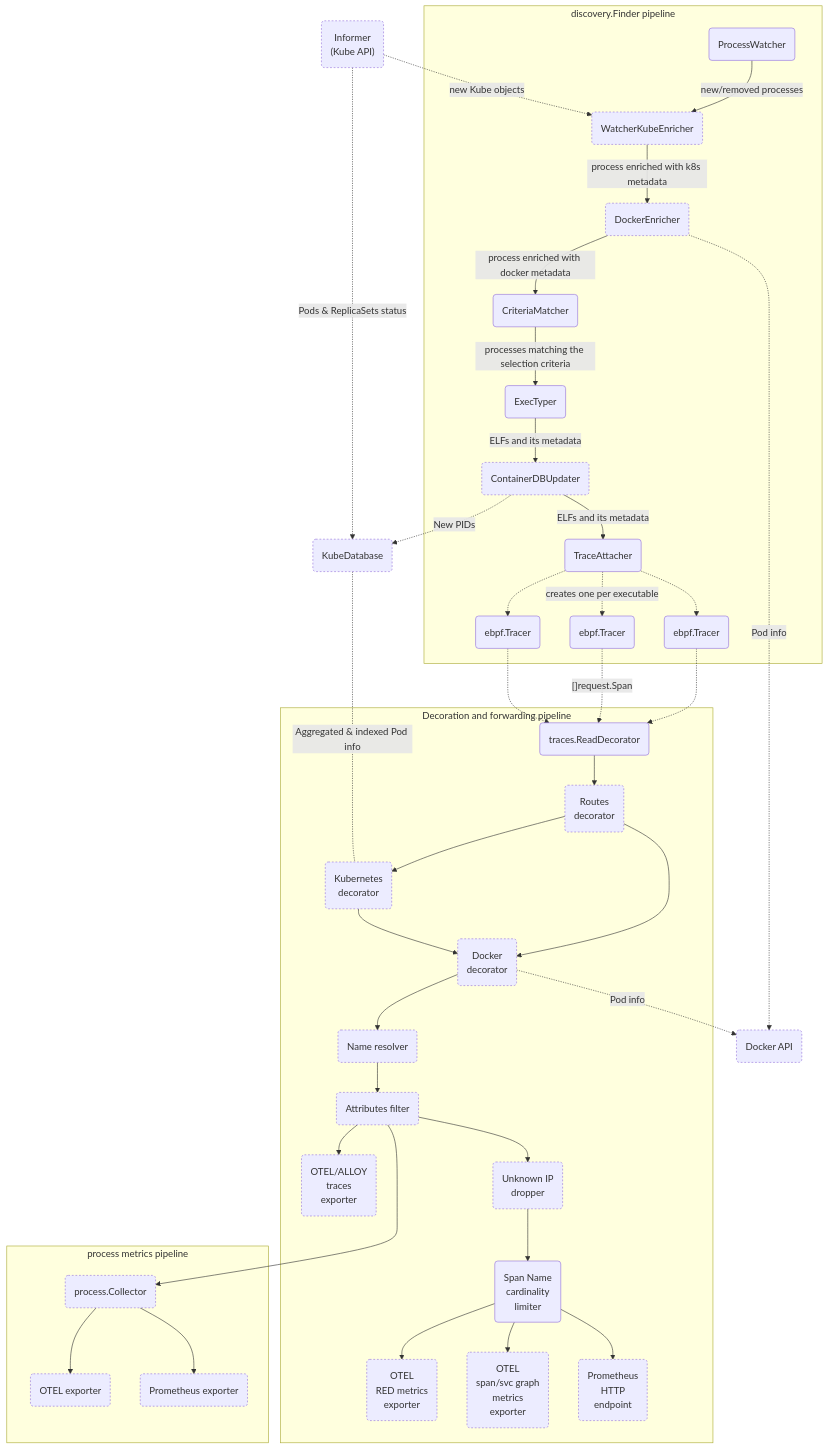
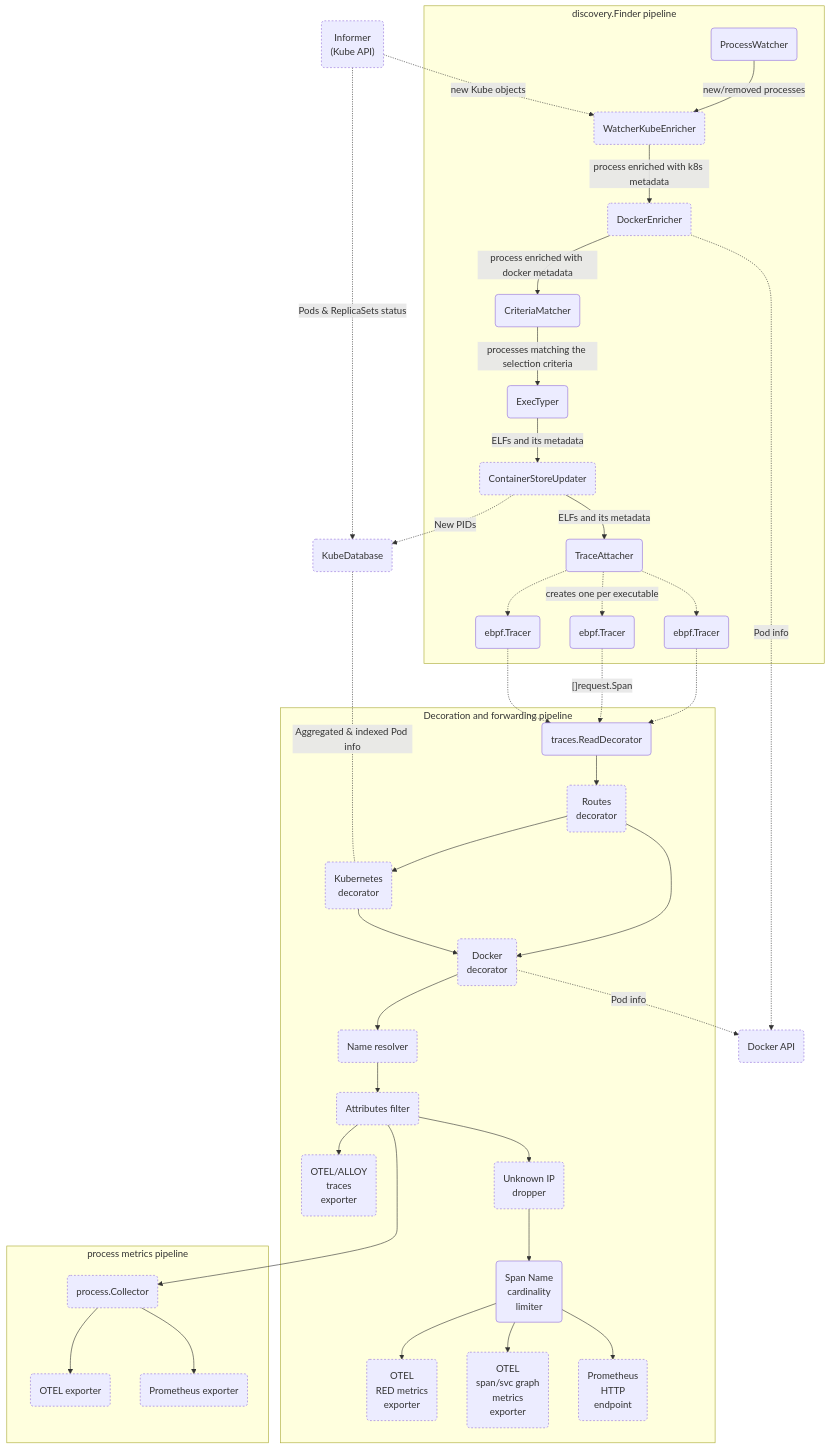
The first of 2 diagrams in devdocs/pipeline-map.md (open-telemetry/opentelemetry-ebpf-instrumentation), drawn with Mermaid before and after one commit. The commit also changed 2 other files, not shown here.

Commit message:
Rename ContainerDBUpdater to ContainerStoreUpdater

````diff
--- a/devdocs/pipeline-map.md
+++ b/devdocs/pipeline-map.md
@@ -18,48 +18,48 @@
 ```mermaid
 flowchart TD
     classDef optional stroke-dasharray: 3 3;
     subgraph discovery.Finder pipeline
         PW(ProcessWatcher) --> |new/removed processes| KWE
         KWE(WatcherKubeEnricher):::optional --> |process enriched with k8s metadata| DE
         DE(DockerEnricher):::optional --> |process enriched with docker metadata| CM
         CM(CriteriaMatcher) --> |processes matching the selection criteria| ET(ExecTyper)
         ET --> |ELFs and its metadata| CU
-        CU(ContainerDBUpdater):::optional --> |ELFs and its metadata| TA
+        CU(ContainerStoreUpdater):::optional --> |ELFs and its metadata| TA
         TA(TraceAttacher) -.-> EBPF1(ebpf.Tracer)
         TA -.-> |creates one per executable| EBPF2(ebpf.Tracer)
         TA -.-> EBPF3(ebpf.Tracer)
     end
     subgraph Decoration and forwarding pipeline
         EBPF1 -.-> TR
         EBPF2 -.-> |"[]request.Span"| TR
         EBPF3 -.-> TR
         TR(traces.ReadDecorator) --> ROUT(Routes<br/>decorator)
         ROUT:::optional --> DOCKDEC(Docker<br/>decorator)
         ROUT:::optional --> KD(Kubernetes<br/>decorator)
         KD:::optional --> DOCKDEC
         DOCKDEC:::optional --> NR
         NR(Name resolver):::optional --> AF
         
         AF(Attributes filter):::optional --> OTELT(OTEL/ALLOY<br/> traces<br/> exporter):::optional
 
         
         AF --> IPD(Unknown IP<br/>dropper):::optional
         IPD --> SNCL(Span Name<br/>cardinality<br/>limiter)
         SNCL --> OTELRM(OTEL<br/>RED metrics<br/> exporter):::optional
         SNCL --> OTELSM(OTEL<br/>span/svc graph<br/>metrics<br/> exporter):::optional
         SNCL --> PROM(Prometheus<br/>HTTP<br/>endpoint):::optional
     end
     CU -.-> |New PIDs| KDB
     DE -.-> |Pod info| DOCKAPI(Docker API):::optional
     DOCKDEC -.-> |Pod info| DOCKAPI(Docker API):::optional
     KDB(KubeDatabase):::optional <-.- | Aggregated & indexed Pod info | KD
     IF("Informer<br/>(Kube API)"):::optional -.-> |Pods & ReplicaSets status| KDB
     IF -.-> |new Kube objects| KWE
     AF ---> PC
     subgraph process metrics pipeline
         PC("process.Collector"):::optional --> POTEL
         PC --> PPROM
         POTEL("OTEL exporter"):::optional
         PPROM("Prometheus exporter"):::optional
     end
 ```
````
